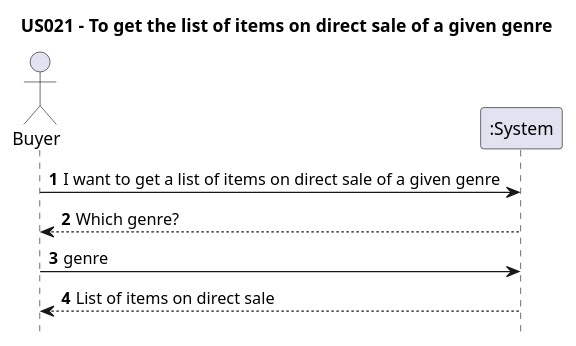
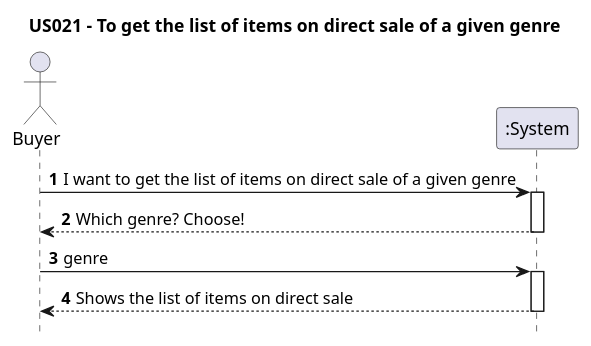
The diagram in Diagrams/SequenceDiagrams/N1/US021-to-get-the-list-of-items-on-direct-sale-of-a-given-genre.puml (AndrePereiraGitH/SWitCH-Project-Team_A), drawn with PlantUML before and after one commit. The commit also changed 5 other files, not shown here.

```diff
--- a/Diagrams/SequenceDiagrams/N1/US021-to-get-the-list-of-items-on-direct-sale-of-a-given-genre.puml
+++ b/Diagrams/SequenceDiagrams/N1/US021-to-get-the-list-of-items-on-direct-sale-of-a-given-genre.puml
@@ -1,15 +1,23 @@
 @startuml
 
 hide footbox
 autonumber
 title US021 - To get the list of items on direct sale of a given genre
 
 actor Buyer
+
+' Participants
 participant ":System" as System
 
-Buyer -> System : I want to get a list of items on direct sale of a given genre
-Buyer <-- System : Which genre?
+' Interactions
+
+Buyer -> System : I want to get the list of items on direct sale of a given genre
+activate System
+Buyer <-- System : Which genre? Choose!
+deactivate System
 Buyer -> System : genre
-System --> Buyer : List of items on direct sale
+activate System
+System --> Buyer : Shows the list of items on direct sale
+deactivate System
 
 @enduml
```
